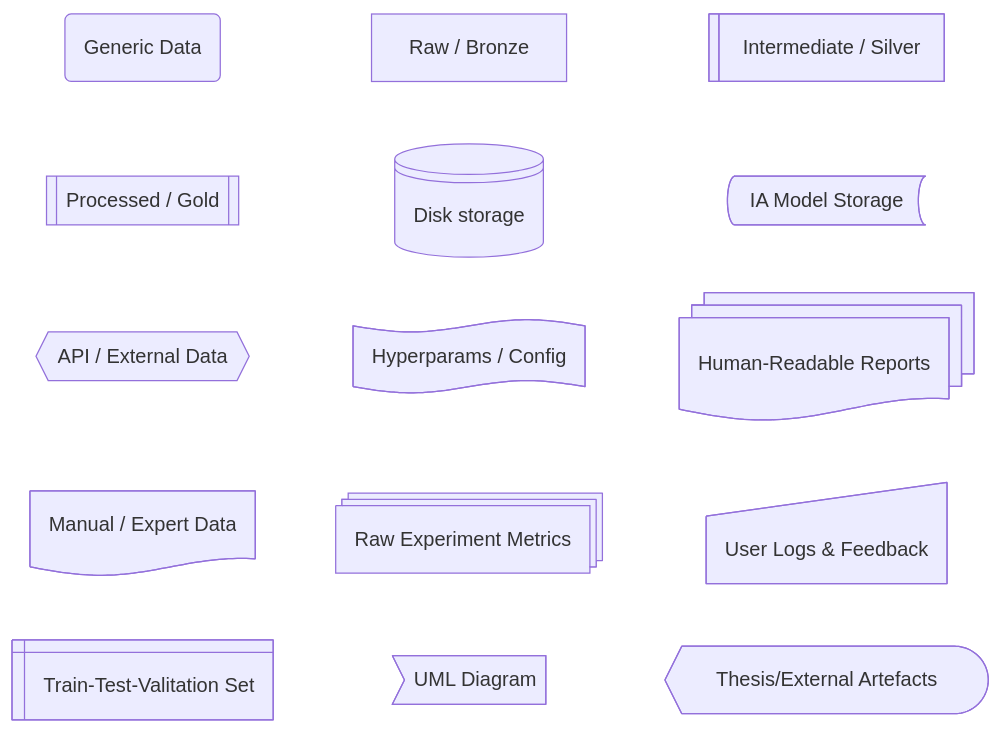
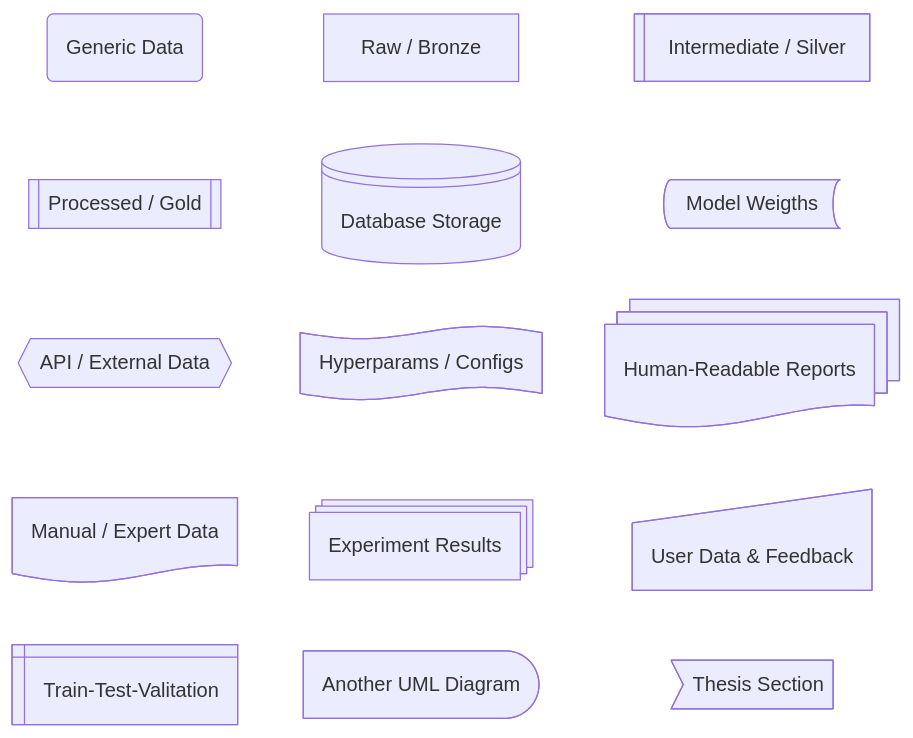
Before and after one commit to vinnylg/leafletslm: the first of 4 diagrams in docs/architecture/standards.md, drawn with Mermaid. The commit also changed other lines of this file, not shown here.

````diff
--- a/docs/architecture/standards.md
+++ b/docs/architecture/standards.md
@@ -9,33 +9,33 @@
 ```mermaid
 flowchart LR
 
     Data(Generic Data)
     Raw[Raw / Bronze]
     Interim@{ shape: lin-rect, label: "Intermediate / Silver" }
 
     Processed[[Processed / Gold]]
 
     DB[(Database)]
-    DB@{ shape: disk, label: "Disk storage" }
+    DB@{ shape: disk, label: "Database Storage" }
 
-    IModel@{ shape: stored-data, label: "IA Model Storage" }
+    IModel@{ shape: stored-data, label: "Model Weigths" }
 
     API{{API / External Data}}
-    Params@{ shape: flag, label: "Hyperparams / Config" }
+    Params@{ shape: flag, label: "Hyperparams / Configs" }
     Reports@{ shape: docs, label: "Human-Readable Reports" }
 
     ManualEntry@{ shape: doc, label: "Manual / Expert Data" }
-    Metrics@{ shape: processes, label: "Raw Experiment Metrics" }
-    UserData@{ shape: manual-input, label: "User Logs & Feedback" }
+    Results@{ shape: processes, label: "Experiment Results" }
+    UserData@{ shape: manual-input, label: "User Data & Feedback" }
 
-    TTV@{ shape: win-pane, label: "Train-Test-Valitation Set" }
-    Thesis@{ shape: curv-trap, label: "Thesis/External Artefacts" }
-    UML@{ shape: odd, label: "UML Diagram" }
+    TTV@{ shape: win-pane, label: "Train-Test-Valitation" }
+    Thesis@{ shape: odd, label: "Thesis Section" }
+    UML@{ shape: delay, label: "Another UML Diagram" }
 
     Data ~~~ Raw ~~~ Interim
     Processed ~~~ DB ~~~ IModel
     API ~~~ Params ~~~ Reports
-    ManualEntry  ~~~  Metrics ~~~ UserData
+    ManualEntry  ~~~  Results ~~~ UserData
     TTV ~~~ UML ~~~ Thesis
 
 ```
````
